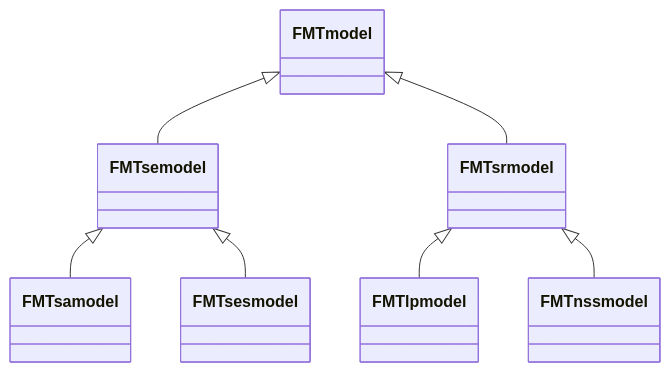
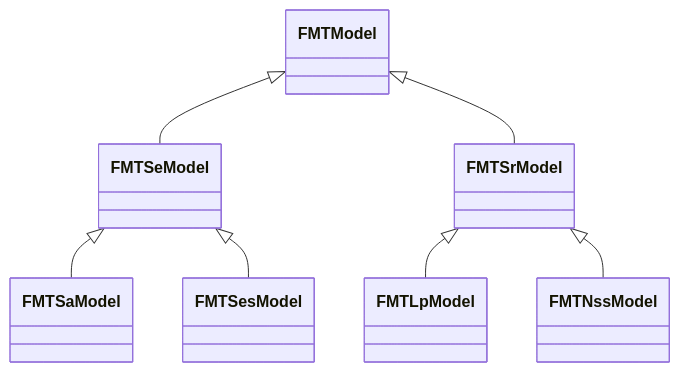
The diagram in docSiteContent/content/en/docs/basics/spatially_explicit_simulation.md (Bureau-du-Forestier-en-chef/FMTdocs), drawn with Mermaid before and after one commit. The commit also changed other lines of this file and 15 other files, not shown here.

````diff
--- a/docSiteContent/content/en/docs/basics/spatially_explicit_simulation.md
+++ b/docSiteContent/content/en/docs/basics/spatially_explicit_simulation.md
@@ -24,9 +24,9 @@
 ```mermaid
 classDiagram
-FMTmodel <|-- FMTsemodel
-FMTsemodel <|-- FMTsamodel
-FMTsemodel <|-- FMTsesmodel
-FMTmodel <|-- FMTsrmodel
-FMTsrmodel <|-- FMTlpmodel
-FMTsrmodel <|-- FMTnssmodel
+FMTModel <|-- FMTSeModel
+FMTSeModel <|-- FMTSaModel
+FMTSeModel <|-- FMTSesModel
+FMTModel <|-- FMTSrModel
+FMTSrModel <|-- FMTLpModel
+FMTSrModel <|-- FMTNssModel
 ```
````
